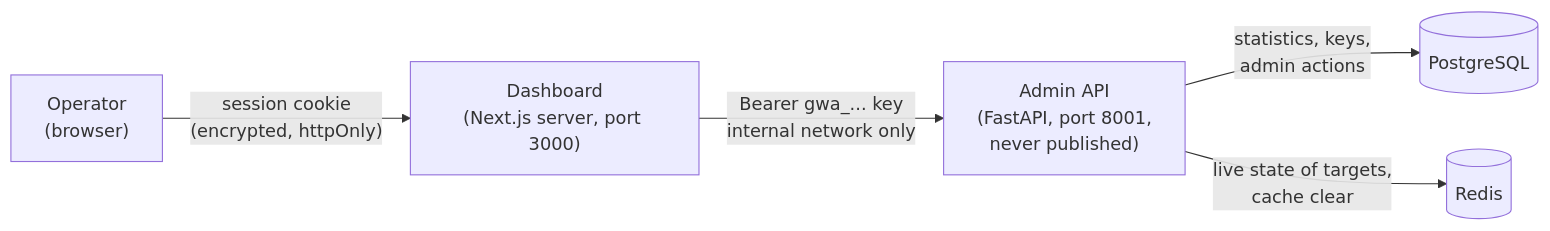
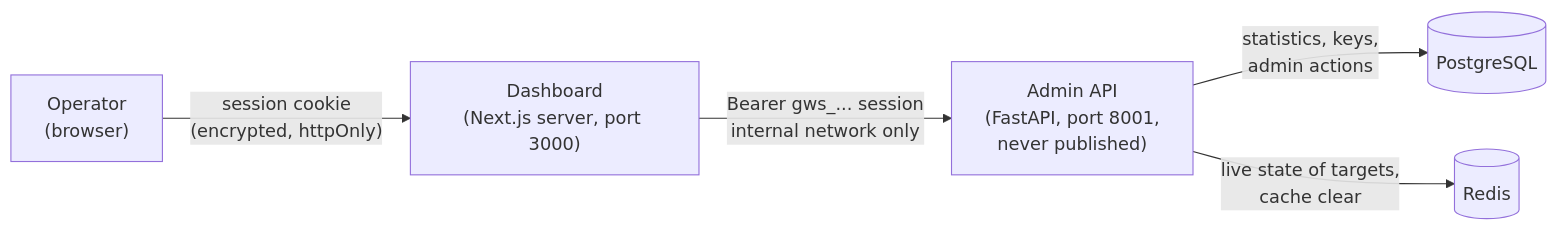
One commit to EmeranYoa/llm-gateway changed the second of 3 diagrams in README.md. Above: the diagram before and after it, drawn with Mermaid. The commit also changed other lines of this file, not shown here.

Commit message:
docs: document operator accounts, recovery and the dashboard languages

````diff
--- a/README.md
+++ b/README.md
@@ -66,7 +66,7 @@
 ```mermaid
 flowchart LR
     operator["Operator<br/>(browser)"] -->|"session cookie<br/>(encrypted, httpOnly)"| dashboard["Dashboard<br/>(Next.js server, port 3000)"]
-    dashboard -->|"Bearer gwa_... key<br/>internal network only"| adminapi["Admin API<br/>(FastAPI, port 8001,<br/>never published)"]
+    dashboard -->|"Bearer gws_... session<br/>internal network only"| adminapi["Admin API<br/>(FastAPI, port 8001,<br/>never published)"]
     adminapi -->|"statistics, keys,<br/>admin actions"| pg[("PostgreSQL")]
     adminapi -->|"live state of targets,<br/>cache clear"| redis[("Redis")]
 ```
````
